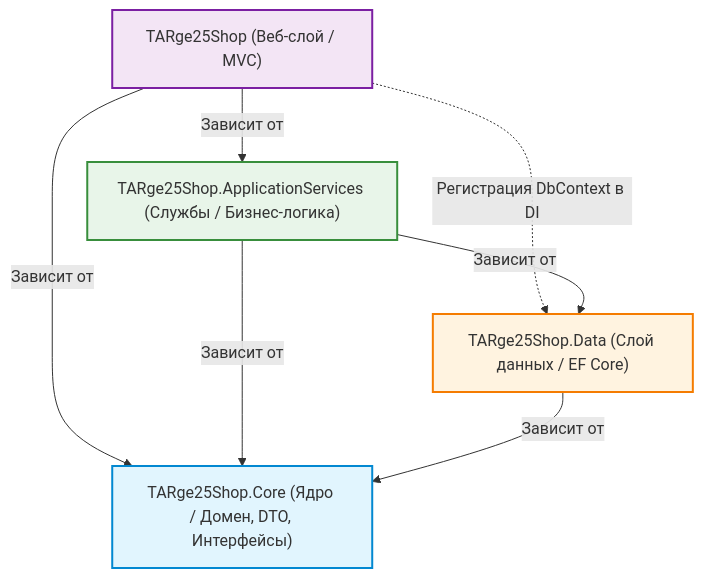
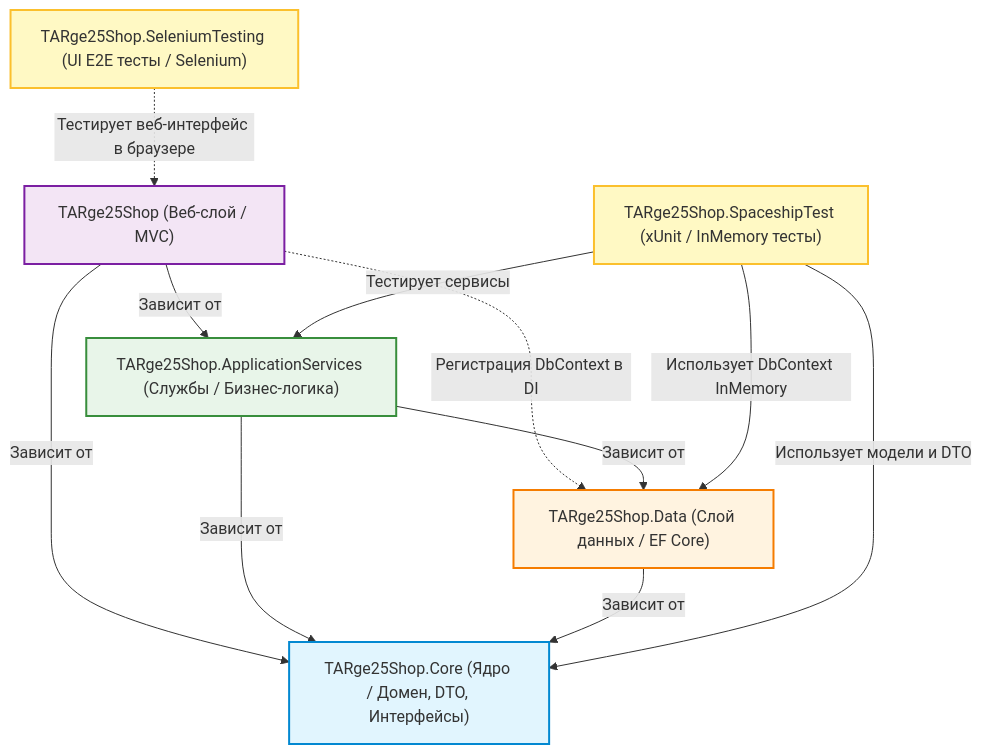
One commit to capnerss/ProgrmTARge25 changed the first of 2 diagrams in ARCHITECTURE.md. Above: the diagram before and after it, drawn with Mermaid. The commit also changed other lines of this file and 32 other files, not shown here.

````diff
--- a/ARCHITECTURE.md
+++ b/ARCHITECTURE.md
@@ -35,26 +43,37 @@
 ```mermaid
 graph TD
     UI["TARge25Shop (Веб-слой / MVC)"]
     APP["TARge25Shop.ApplicationServices (Службы / Бизнес-логика)"]
     DATA["TARge25Shop.Data (Слой данных / EF Core)"]
     CORE["TARge25Shop.Core (Ядро / Домен, DTO, Интерфейсы)"]
+    UNIT["TARge25Shop.SpaceshipTest (xUnit / InMemory тесты)"]
+    E2E["TARge25Shop.SeleniumTesting (UI E2E тесты / Selenium)"]
 
     UI -->|Зависит от| APP
     UI -->|Зависит от| CORE
     UI -.->|Регистрация DbContext в DI| DATA
 
     APP -->|Зависит от| CORE
     APP -->|Зависит от| DATA
 
     DATA -->|Зависит от| CORE
 
+    UNIT -->|Тестирует сервисы| APP
+    UNIT -->|Использует модели и DTO| CORE
+    UNIT -->|Использует DbContext InMemory| DATA
+
+    E2E -.->|Тестирует веб-интерфейс в браузере| UI
+
     classDef core fill:#e1f5fe,stroke:#0288d1,stroke-width:2px;
     classDef app fill:#e8f5e9,stroke:#388e3c,stroke-width:2px;
     classDef data fill:#fff3e0,stroke:#f57c00,stroke-width:2px;
     classDef ui fill:#f3e5f5,stroke:#7b1fa2,stroke-width:2px;
+    classDef test fill:#fff9c4,stroke:#fbc02d,stroke-width:2px;
 
     class CORE core;
     class APP app;
     class DATA data;
     class UI ui;
+    class UNIT test;
+    class E2E test;
 ```
````
